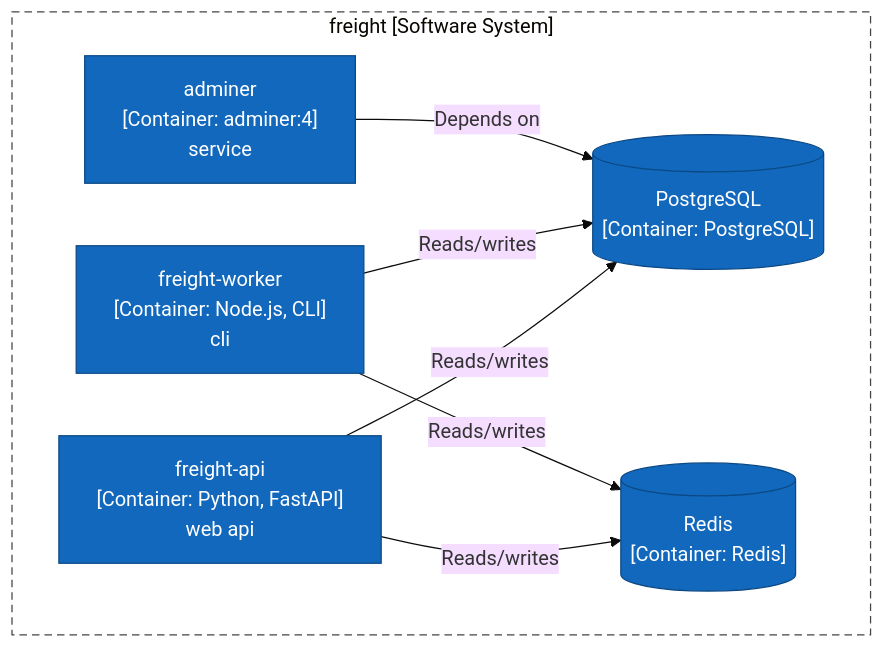
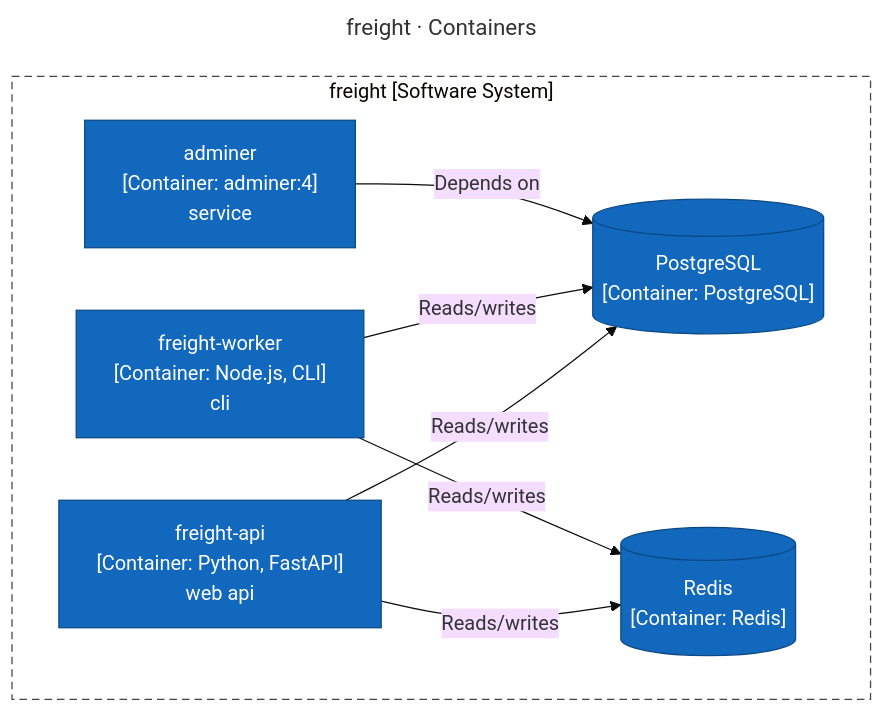
Before and after one commit to ythalorossy/architecture-skills: the first of 5 diagrams in tests/golden/freight/output/ArchitectureReport.md, drawn with Mermaid (base theme). The commit also changed other lines of this file and 4 other files, not shown here.

````diff
--- a/tests/golden/freight/output/ArchitectureReport.md
+++ b/tests/golden/freight/output/ArchitectureReport.md
@@ -28,23 +46,26 @@
 ```mermaid
+---
+title: "freight · Containers"
+---
 flowchart TB
     subgraph boundary["freight [Software System]"]
         freight_api["freight-api<br/>[Container: Python, FastAPI]<br/>web api"]
         freight_worker["freight-worker<br/>[Container: Node.js, CLI]<br/>cli"]
         adminer["adminer<br/>[Container: adminer:4]<br/>service"]
         db_postgresql[("PostgreSQL<br/>[Container: PostgreSQL]")]
         db_redis[("Redis<br/>[Container: Redis]")]
     end
     freight_api -->|"Reads/writes"| db_postgresql
     freight_worker -->|"Reads/writes"| db_postgresql
     adminer -->|"Depends on"| db_postgresql
     freight_api -->|"Reads/writes"| db_redis
     freight_worker -->|"Reads/writes"| db_redis
     classDef person fill:#08427b,stroke:#052e56,color:#ffffff
     classDef container fill:#1168bd,stroke:#0b4884,color:#ffffff
     classDef system fill:#1168bd,stroke:#0b4884,color:#ffffff
     classDef component fill:#85bbf0,stroke:#5d82a8,color:#000000
     classDef external fill:#999999,stroke:#6b6b6b,color:#ffffff
     classDef shared fill:#dbe9f6,stroke:#5d82a8,color:#000000,stroke-dasharray:4 3
     class freight_api,freight_worker,adminer,db_postgresql,db_redis container
     style boundary fill:none,stroke:#444444,stroke-dasharray:6 4
 ```
````
